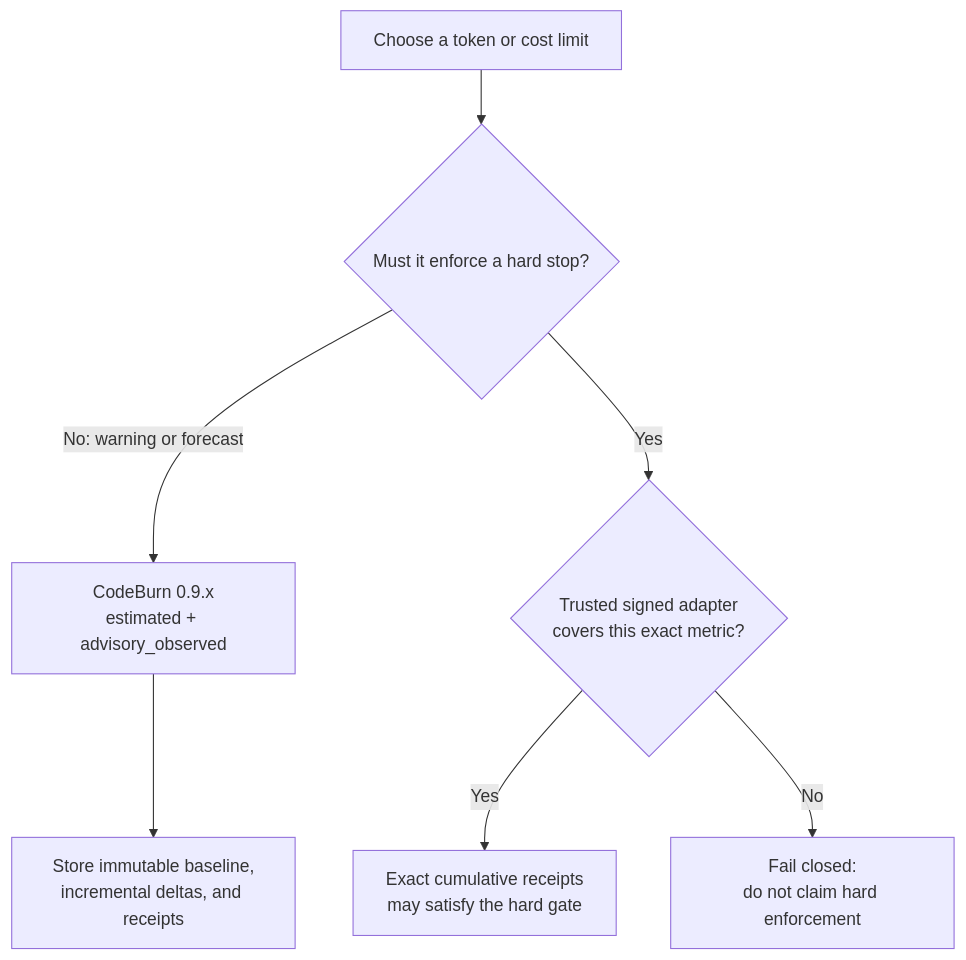
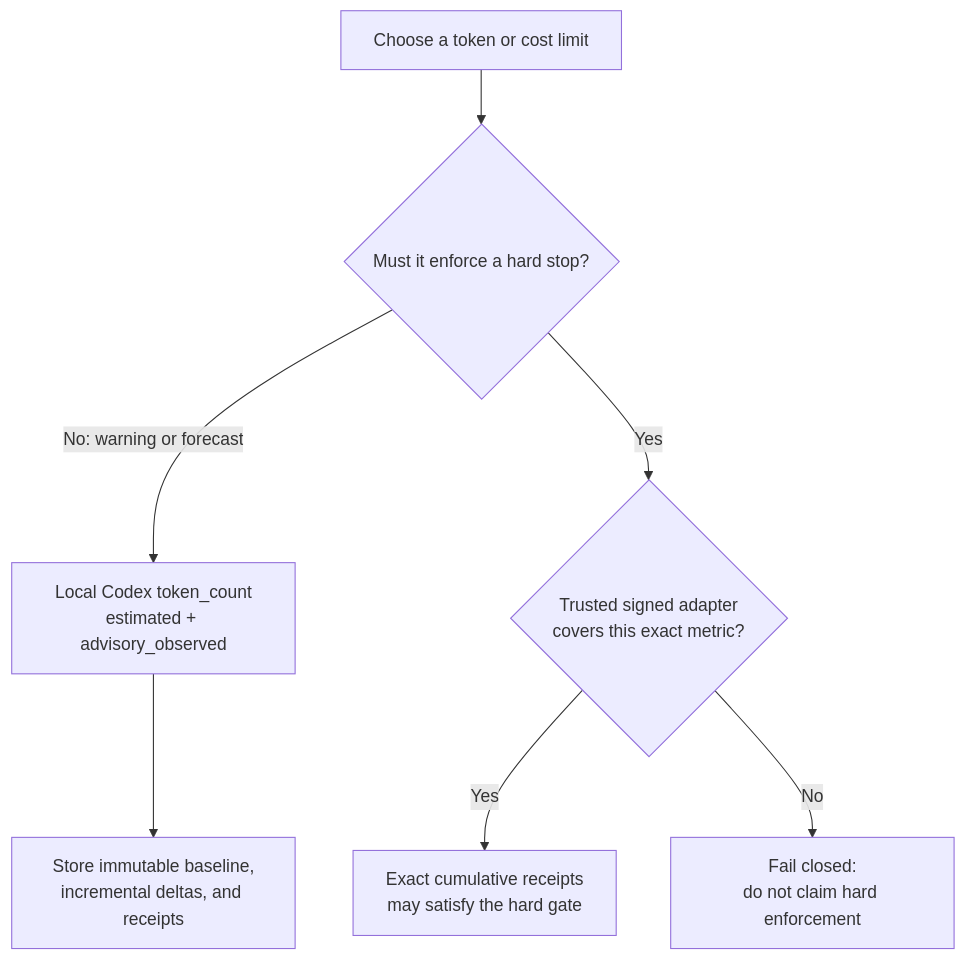
One commit to aantenore/agentic-sdlc-codex-plugin changed the third of 3 diagrams in README.md. Above: the diagram before and after it, drawn with Mermaid. The commit also changed other lines of this file and 29 other files, not shown here.

````diff
--- a/README.md
+++ b/README.md
@@ -331,9 +329,9 @@
 ```mermaid
 flowchart TD
   A["Choose a token or cost limit"] --> B{"Must it enforce a hard stop?"}
-  B -- "No: warning or forecast" --> C["CodeBurn 0.9.x<br/>estimated + advisory_observed"]
+  B -- "No: warning or forecast" --> C["Local Codex token_count<br/>estimated + advisory_observed"]
   C --> D["Store immutable baseline,<br/>incremental deltas, and receipts"]
   B -- "Yes" --> E{"Trusted signed adapter<br/>covers this exact metric?"}
   E -- "Yes" --> F["Exact cumulative receipts<br/>may satisfy the hard gate"]
   E -- "No" --> G["Fail closed:<br/>do not claim hard enforcement"]
 ```
````
